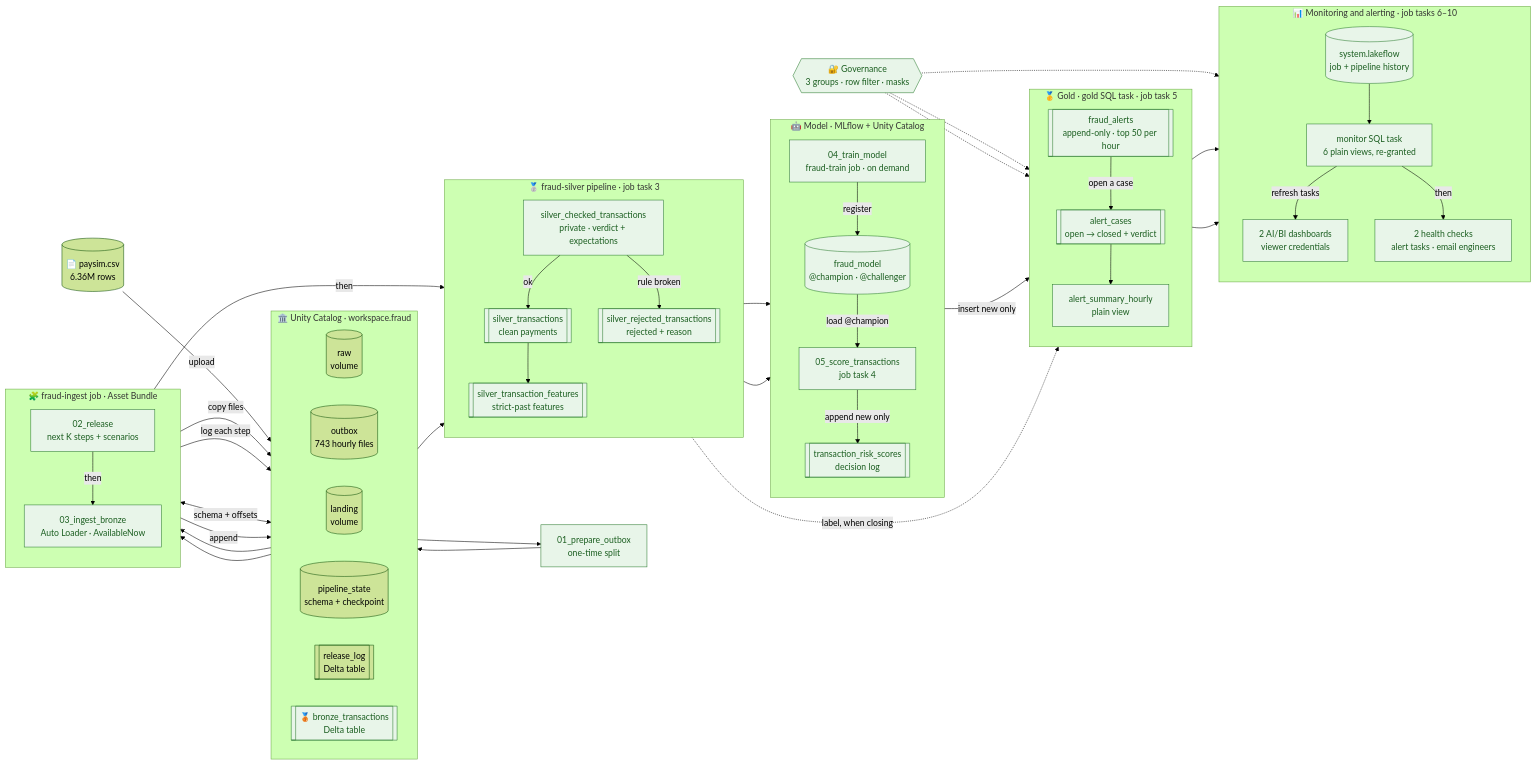
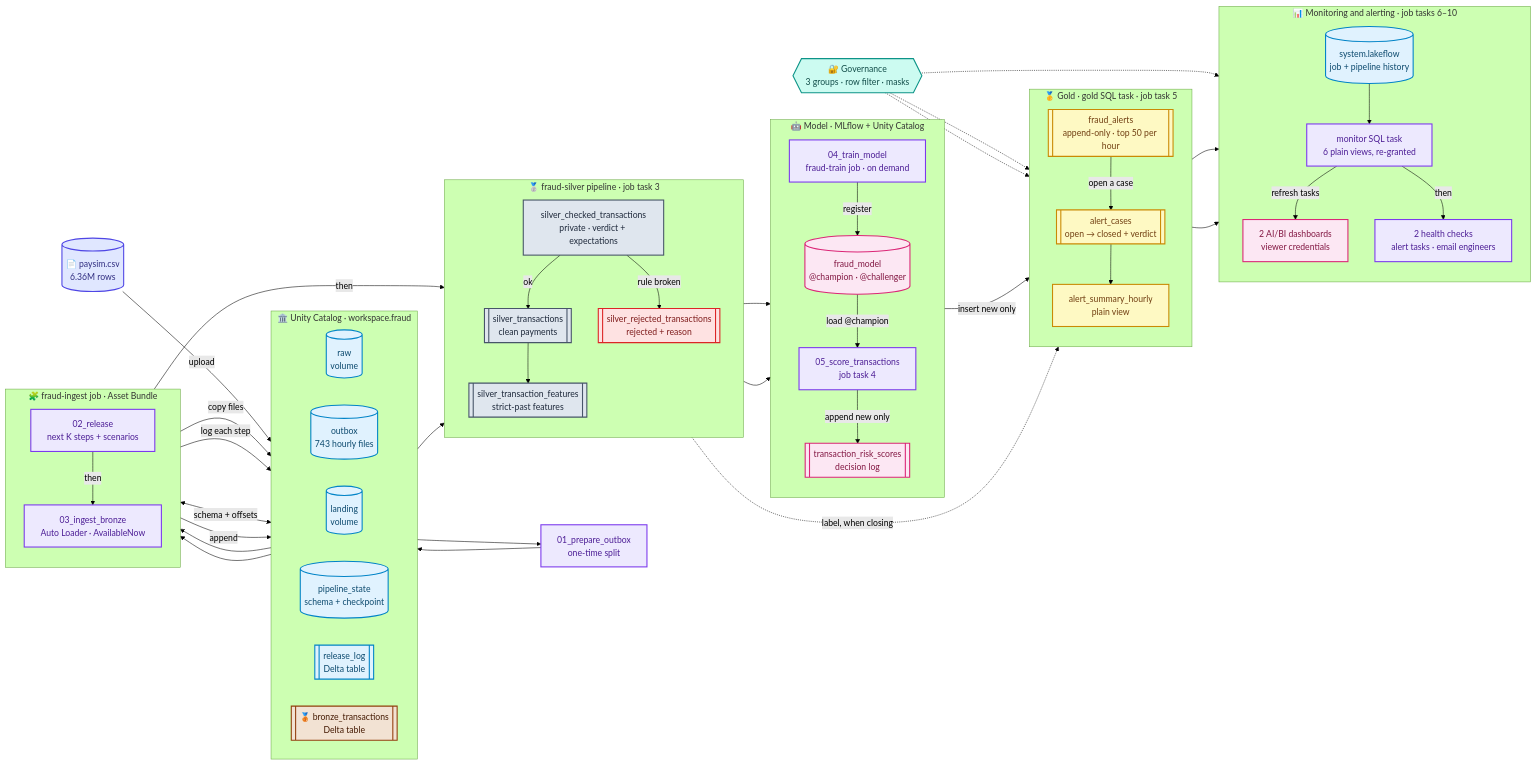
Before and after one commit to deepan-mehta-analytics/databricks-fraud-detection: the diagram in README.md, drawn with Mermaid (forest theme). The commit also changed other lines of this file and 1 other file, not shown here.

Commit message:
docs: colour the README architecture diagram by role
Boxes now show what each part is (source, storage, Bronze, Silver,
Gold, jobs and code, governance, outputs, rejected rows) instead of a
single "built" green, using the same palette as the study notes. The
caption lists the colours.

````diff
--- a/README.md
+++ b/README.md
@@ -283,7 +283,22 @@
     CASES --> VIEWS
     GOV -.-> DASH
 
-    classDef planned fill:#f5f5f5,stroke:#999,stroke-dasharray:4 3,color:#666
-    classDef done fill:#e8f5e9,stroke:#2e7d32,color:#1b5e20
-    class REL,ING,SPLIT,BRONZE,CHK,CLEAN,REJ,FEAT,TRAIN,REG,SCORE,SCORES,ALERTS,CASES,SUMMARY,GOV,VIEWS,SYS,DASH,CHECKS done
+    classDef source fill:#e0e7ff,stroke:#4f46e5,stroke-width:2px,color:#312e81
+    classDef storage fill:#e0f2fe,stroke:#0284c7,stroke-width:2px,color:#0c4a6e
+    classDef bronze fill:#f2e2d3,stroke:#92400e,stroke-width:2px,color:#451a03
+    classDef silver fill:#dfe6ee,stroke:#475569,stroke-width:2px,color:#1e293b
+    classDef gold fill:#fef9c3,stroke:#ca8a04,stroke-width:2px,color:#713f12
+    classDef compute fill:#ede9fe,stroke:#7c3aed,stroke-width:2px,color:#4c1d95
+    classDef governance fill:#ccfbf1,stroke:#0d9488,stroke-width:2px,color:#134e4a
+    classDef output fill:#fce7f3,stroke:#db2777,stroke-width:2px,color:#831843
+    classDef bad fill:#fee2e2,stroke:#dc2626,stroke-width:2px,color:#7f1d1d
+    class CSV source
+    class RAW,OUT,LAND,STATE,LOG,SYS storage
+    class BRONZE bronze
+    class CHK,CLEAN,FEAT silver
+    class ALERTS,CASES,SUMMARY gold
+    class SPLIT,REL,ING,TRAIN,SCORE,VIEWS,CHECKS compute
+    class GOV governance
+    class REG,SCORES,DASH output
+    class REJ bad
 ```
````
